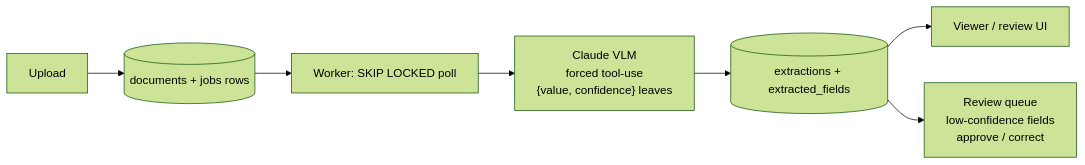
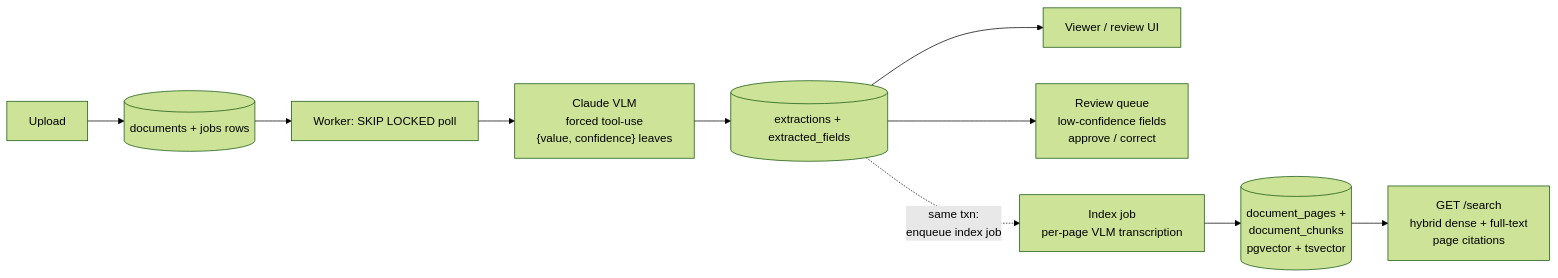
Before and after one commit to Antheagao/doc-pilot: the diagram in README.md, drawn with Mermaid (forest theme). The commit also changed other lines of this file and 59 other files, not shown here.

````diff
--- a/README.md
+++ b/README.md
@@ -114,9 +116,12 @@
 ```mermaid
 flowchart LR
     U[Upload] --> D[(documents + jobs rows)]
     D --> W[Worker: SKIP LOCKED poll]
     W --> C["Claude VLM<br/>forced tool-use<br/>{value, confidence} leaves"]
     C --> E[(extractions + extracted_fields)]
     E --> V[Viewer / review UI]
     E --> R["Review queue<br/>low-confidence fields<br/>approve / correct"]
+    E -. "same txn:<br/>enqueue index job" .-> I["Index job<br/>per-page VLM transcription"]
+    I --> K[("document_pages +<br/>document_chunks<br/>pgvector + tsvector")]
+    K --> S["GET /search<br/>hybrid dense + full-text<br/>page citations"]
 ```
````
